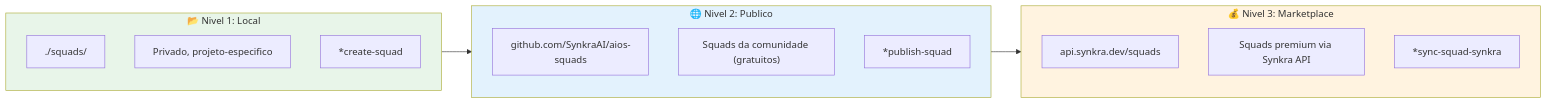
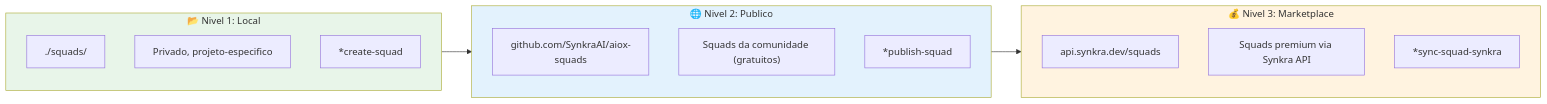
One commit to brunajunckes/aiox-core changed the sixth of 6 diagrams in docs/guides/agents/SQUAD-CREATOR-SYSTEM.md. Above: the diagram before and after it, drawn with Mermaid. The commit also changed other lines of this file and 3446 other files, not shown here.

First line of the commit message:
chore: rebrand aios → aiox across entire codebase (#552)

````diff
--- a/docs/guides/agents/SQUAD-CREATOR-SYSTEM.md
+++ b/docs/guides/agents/SQUAD-CREATOR-SYSTEM.md
@@ -558,27 +558,27 @@
 ```mermaid
 flowchart LR
     subgraph LOCAL["📂 Nivel 1: Local"]
         L_PATH["./squads/"]
         L_DESC["Privado, projeto-especifico"]
         L_CMD["*create-squad"]
     end
 
     subgraph PUBLIC["🌐 Nivel 2: Publico"]
-        P_REPO["github.com/SynkraAI/aios-squads"]
+        P_REPO["github.com/SynkraAI/aiox-squads"]
         P_DESC["Squads da comunidade (gratuitos)"]
         P_CMD["*publish-squad"]
     end
 
     subgraph MARKET["💰 Nivel 3: Marketplace"]
         M_API["api.synkra.dev/squads"]
         M_DESC["Squads premium via Synkra API"]
         M_CMD["*sync-squad-synkra"]
     end
 
     LOCAL --> PUBLIC
     PUBLIC --> MARKET
 
     style LOCAL fill:#e8f5e9
     style PUBLIC fill:#e3f2fd
     style MARKET fill:#fff3e0
 ```
````
